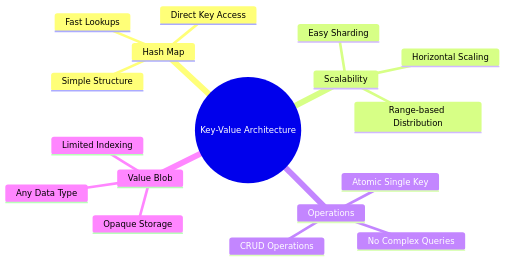
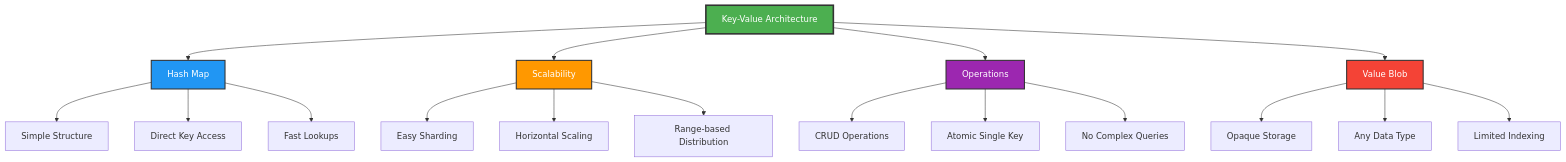
The third of 17 diagrams in data-engineering.nosql.types.key-value.md (asbor/dendron-learning-vault), drawn with Mermaid before and after one commit. The commit also changed 5 other files, not shown here.

Commit message:
Fix all mindmap diagrams for Mermaid v9.1.3 compatibility

````diff
--- a/data-engineering.nosql.types.key-value.md
+++ b/data-engineering.nosql.types.key-value.md
@@ -74,20 +74,29 @@
 ```mermaid
-mindmap
-  root((Key-Value Architecture))
-    Hash Map
-      Simple Structure
-      Direct Key Access
-      Fast Lookups
-    Scalability
-      Easy Sharding
-      Horizontal Scaling
-      Range-based Distribution
-    Operations
-      CRUD Operations
-      Atomic Single Key
-      No Complex Queries
-    Value Blob
-      Opaque Storage
-      Any Data Type
-      Limited Indexing
+graph TB
+    A[Key-Value Architecture] --> B[Hash Map]
+    A --> C[Scalability]
+    A --> D[Operations]
+    A --> E[Value Blob]
+    
+    B --> B1[Simple Structure]
+    B --> B2[Direct Key Access]
+    B --> B3[Fast Lookups]
+    
+    C --> C1[Easy Sharding]
+    C --> C2[Horizontal Scaling]
+    C --> C3[Range-based Distribution]
+    
+    D --> D1[CRUD Operations]
+    D --> D2[Atomic Single Key]
+    D --> D3[No Complex Queries]
+    
+    E --> E1[Opaque Storage]
+    E --> E2[Any Data Type]
+    E --> E3[Limited Indexing]
+    
+    style A fill:#4CAF50,stroke:#333,stroke-width:3px,color:#fff
+    style B fill:#2196F3,stroke:#333,stroke-width:2px,color:#fff
+    style C fill:#FF9800,stroke:#333,stroke-width:2px,color:#fff
+    style D fill:#9C27B0,stroke:#333,stroke-width:2px,color:#fff
+    style E fill:#F44336,stroke:#333,stroke-width:2px,color:#fff
 ```
````
